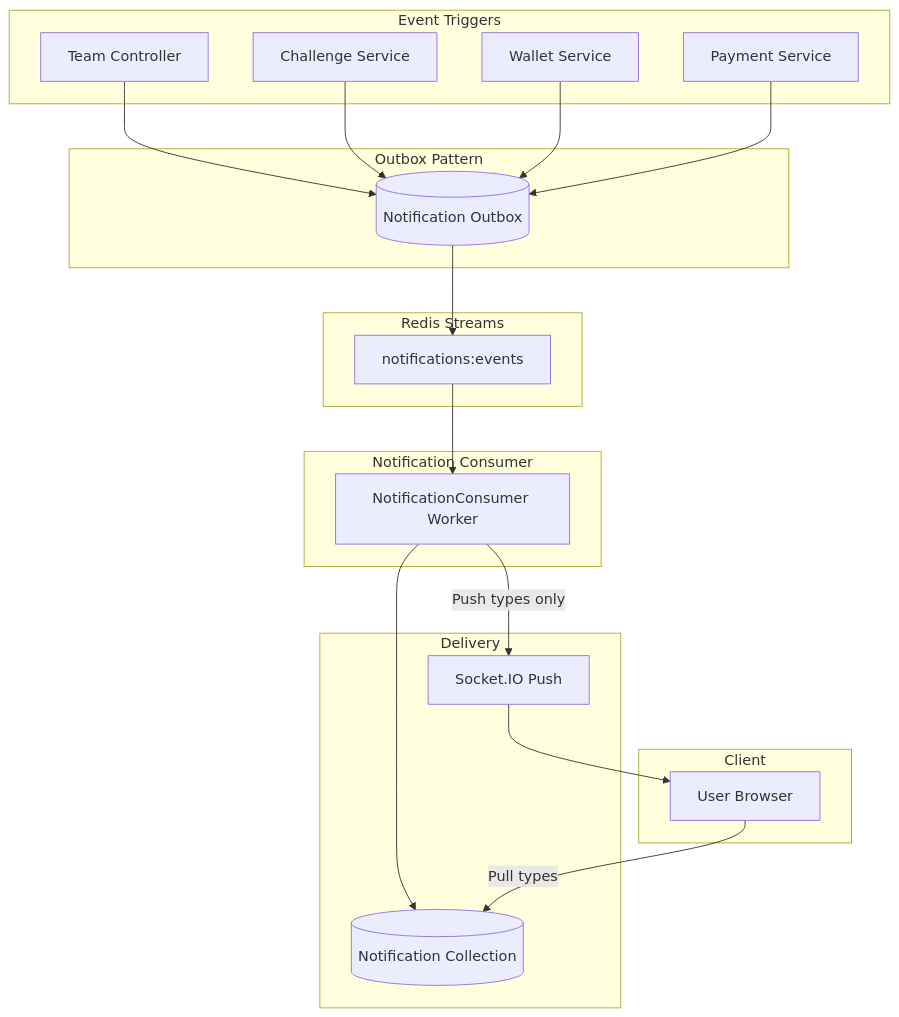
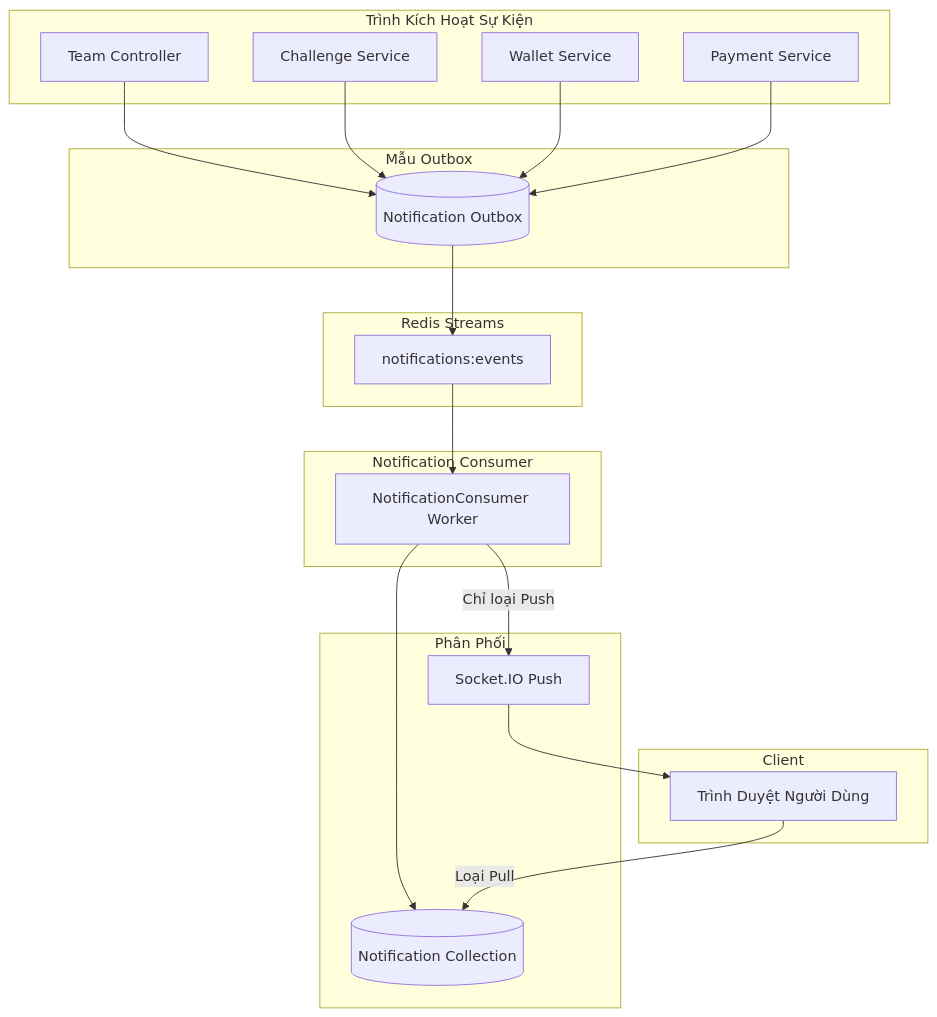
One commit to SE2025-17-3/SE2025-17.3 changed the second of 2 diagrams in README.md. Above: the diagram before and after it, drawn with Mermaid. The commit also changed other lines of this file and 2 other files, not shown here.

````diff
--- a/README.md
+++ b/README.md
@@ -114,42 +114,42 @@
 ```mermaid
 flowchart TB
-    subgraph triggers [Event Triggers]
+    subgraph triggers [Trình Kích Hoạt Sự Kiện]
         TeamCtrl[Team Controller]
         ChallengeCtrl[Challenge Service]
         WalletCtrl[Wallet Service]
         PaymentCtrl[Payment Service]
     end
 
-    subgraph outbox [Outbox Pattern]
+    subgraph outbox [Mẫu Outbox]
         NotifOutbox[(Notification Outbox)]
     end
 
     subgraph streaming [Redis Streams]
         NotifStream[notifications:events]
     end
 
     subgraph consumer [Notification Consumer]
         NotifConsumer[NotificationConsumer Worker]
     end
 
-    subgraph delivery [Delivery]
+    subgraph delivery [Phân Phối]
         MongoDB[(Notification Collection)]
         SocketIO[Socket.IO Push]
     end
 
     subgraph client [Client]
-        Browser[User Browser]
+        Browser[Trình Duyệt Người Dùng]
     end
 
     TeamCtrl --> NotifOutbox
     ChallengeCtrl --> NotifOutbox
     WalletCtrl --> NotifOutbox
     PaymentCtrl --> NotifOutbox
     
     NotifOutbox --> NotifStream
     NotifStream --> NotifConsumer
     NotifConsumer --> MongoDB
-    NotifConsumer -->|Push types only| SocketIO
+    NotifConsumer --> |Chỉ loại Push| SocketIO
     SocketIO --> Browser
-    Browser -->|Pull types| MongoDB
+    Browser --> |Loại Pull| MongoDB
 ```
````
